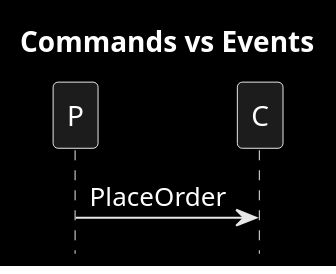
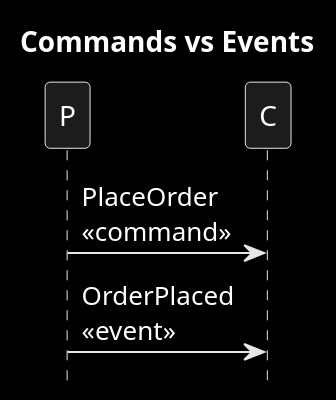
The diagram in patterns/0_commands_vs_events.puml (victorrentea/kafka), drawn with PlantUML before and after one commit. The commit also changed 14 other files, not shown here.

```diff
--- a/patterns/0_commands_vs_events.puml
+++ b/patterns/0_commands_vs_events.puml
@@ -1,7 +1,8 @@
 @startuml
 title Commands vs Events
 hide footbox
 skinparam monochrome reverse
 
-P->C: PlaceOrder
+P->C: PlaceOrder\n<<command>>
+P->C: OrderPlaced\n<<event>>
 @enduml
```
